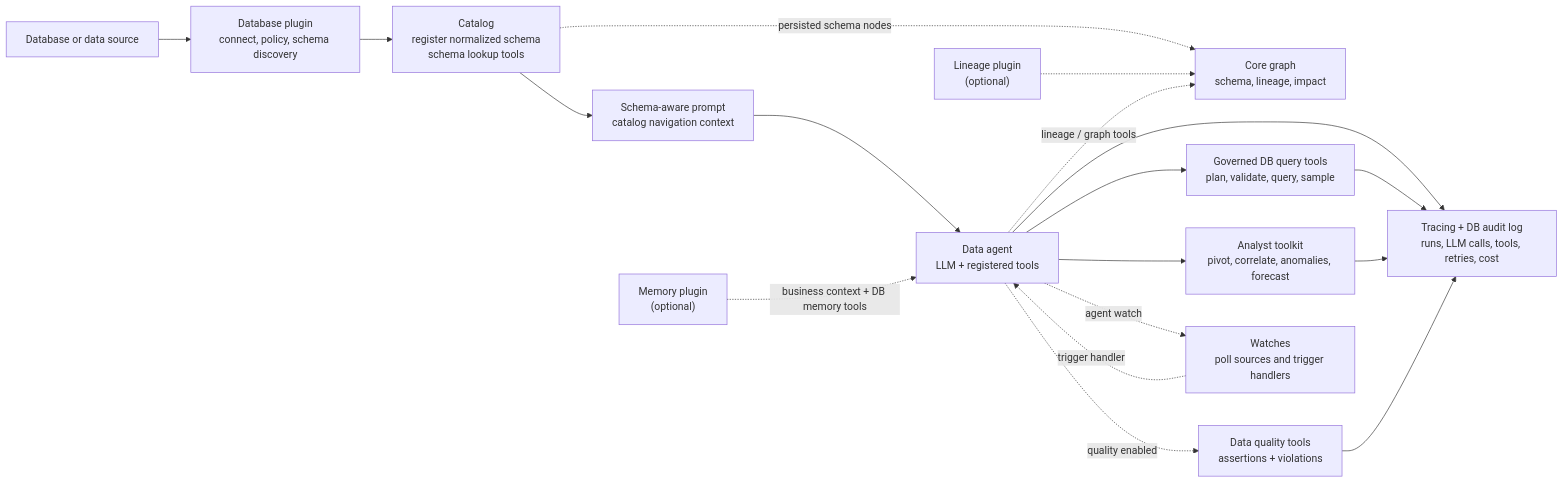
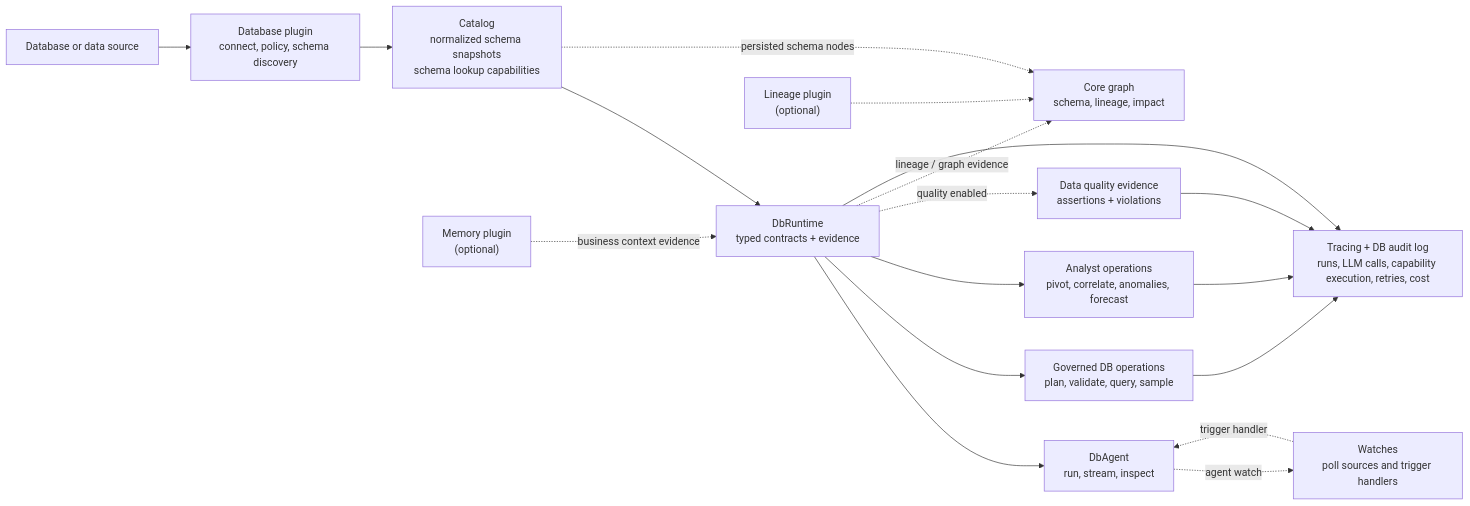
One commit to Daita-Corp/daita-agents changed the first of 2 diagrams in README.md. Above: the diagram before and after it, drawn with Mermaid. The commit also changed other lines of this file and 274 other files, not shown here.

Commit message:
architecture direction change

````diff
--- a/README.md
+++ b/README.md
@@ -9,23 +7,23 @@
 ```mermaid
 flowchart LR
     Source["Database or data source"] --> DB["Database plugin<br/>connect, policy, schema discovery"]
-    DB --> Catalog["Catalog<br/>register normalized schema<br/>schema lookup tools"]
-    Catalog --> Prompt["Schema-aware prompt<br/>catalog navigation context"]
-    Prompt --> Agent["Data agent<br/>LLM + registered tools"]
+    DB --> Catalog["Catalog<br/>normalized schema snapshots<br/>schema lookup capabilities"]
+    Catalog --> Runtime["DbRuntime<br/>typed contracts + evidence"]
+    Runtime --> Agent["DbAgent<br/>run, stream, inspect"]
 
     Catalog -.->|"persisted schema nodes"| Graph["Core graph<br/>schema, lineage, impact"]
     Lineage["Lineage plugin<br/>(optional)"] -.-> Graph
-    Memory["Memory plugin<br/>(optional)"] -.->|"business context + DB memory tools"| Agent
+    Memory["Memory plugin<br/>(optional)"] -.->|"business context evidence"| Runtime
 
-    Agent --> Query["Governed DB query tools<br/>plan, validate, query, sample"]
-    Agent --> Analyst["Analyst toolkit<br/>pivot, correlate, anomalies, forecast"]
-    Agent -.->|"quality enabled"| Quality["Data quality tools<br/>assertions + violations"]
-    Agent -.->|"lineage / graph tools"| Graph
+    Runtime --> Query["Governed DB operations<br/>plan, validate, query, sample"]
+    Runtime --> Analyst["Analyst operations<br/>pivot, correlate, anomalies, forecast"]
+    Runtime -.->|"quality enabled"| Quality["Data quality evidence<br/>assertions + violations"]
+    Runtime -.->|"lineage / graph evidence"| Graph
     Agent -.->|"agent watch"| Watch["Watches<br/>poll sources and trigger handlers"]
     Watch -.->|"trigger handler"| Agent
 
-    Agent --> Tracing["Tracing + DB audit log<br/>runs, LLM calls, tools, retries, cost"]
+    Runtime --> Tracing["Tracing + DB audit log<br/>runs, LLM calls, capability execution, retries, cost"]
     Query --> Tracing
     Analyst --> Tracing
     Quality --> Tracing
 ```
````
